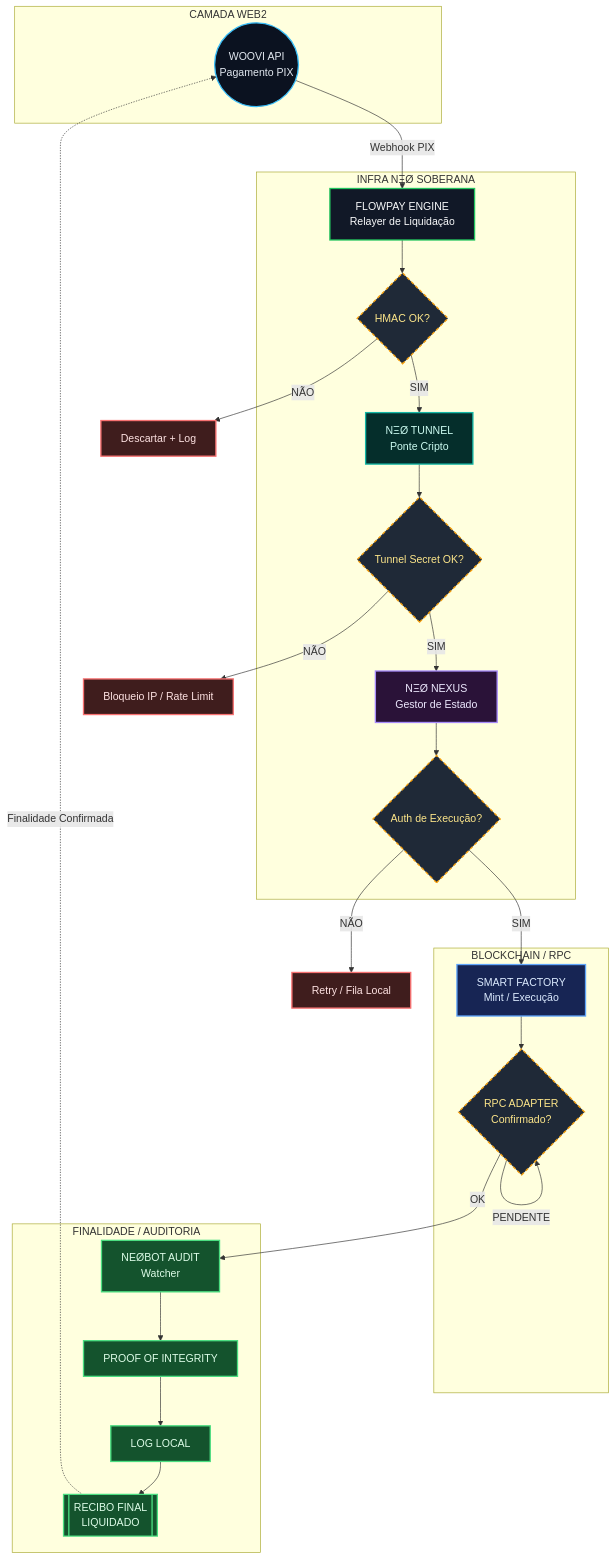
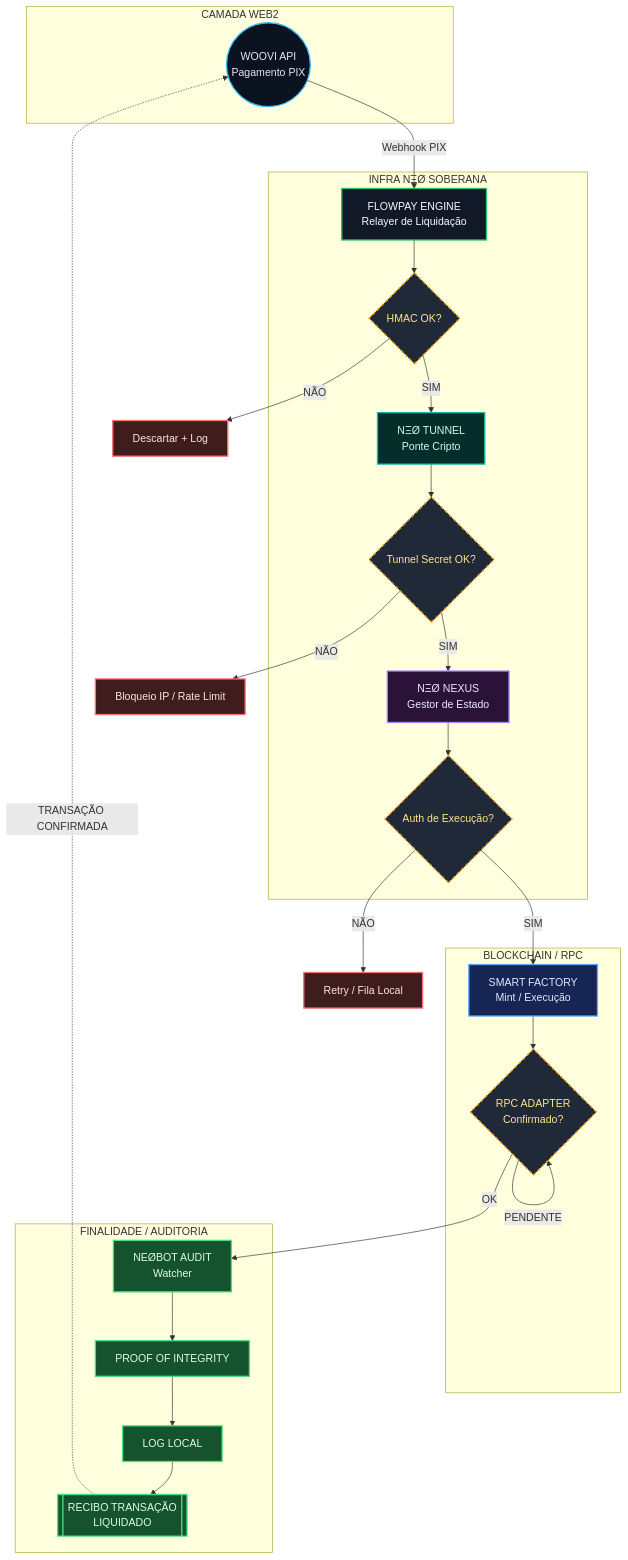
The diagram in README.md (flowpaycash/flowpay), drawn with Mermaid before and after one commit. The commit also changed other lines of this file, not shown here.

Commit message:
Update README for FlowPay project details

````diff
--- a/README.md
+++ b/README.md
@@ -22,69 +21,69 @@
 ```mermaid
 graph TD
     classDef web2 fill:#0b1220,stroke:#38bdf8,stroke-width:2px,color:#e2e8f0;
     classDef engine fill:#111827,stroke:#22c55e,stroke-width:2px,color:#f9fafb;
     classDef gate fill:#1f2937,stroke:#f59e0b,stroke-width:2px,stroke-dasharray: 5 4,color:#fde68a;
     classDef tunnel fill:#052e2b,stroke:#14b8a6,stroke-width:2px,color:#ccfbf1;
     classDef nexus fill:#2a1238,stroke:#a78bfa,stroke-width:2px,color:#ede9fe;
     classDef chain fill:#172554,stroke:#60a5fa,stroke-width:2px,color:#dbeafe;
     classDef audit fill:#14532d,stroke:#4ade80,stroke-width:2px,color:#dcfce7;
     classDef error fill:#3f1d1d,stroke:#f87171,stroke-width:2px,color:#fee2e2;
 
     subgraph WEB2 ["CAMADA WEB2"]
         START((WOOVI API<br/>Pagamento PIX))
     end
 
     subgraph NEO ["INFRA NΞØ SOBERANA"]
         RELAYER["FLOWPAY ENGINE<br/>Relayer de Liquidação"]
         HMAC{"HMAC OK?"}
         TUNNEL["NΞØ TUNNEL<br/>Ponte Cripto"]
         SECRET{"Tunnel Secret OK?"}
         NEXUS["NΞØ NEXUS<br/>Gestor de Estado"]
         AUTH{"Auth de Execução?"}
     end
 
     subgraph ONCHAIN ["BLOCKCHAIN / RPC"]
         FACTORY["SMART FACTORY<br/>Mint / Execução"]
         RPC{"RPC ADAPTER<br/>Confirmado?"}
     end
 
     subgraph AUDIT ["FINALIDADE / AUDITORIA"]
         WATCHER["NEØBOT AUDIT<br/>Watcher"]
         POI["PROOF OF INTEGRITY"]
         LOG["LOG LOCAL"]
-        END[[RECIBO FINAL<br/>LIQUIDADO]]
+        END[[RECIBO TRANSAÇÃO<br/>LIQUIDADO]]
     end
 
     START -->|Webhook PIX| RELAYER
     RELAYER --> HMAC
 
     HMAC -- NÃO --> DROP1["Descartar + Log"]
     HMAC -- SIM --> TUNNEL
 
     TUNNEL --> SECRET
     SECRET -- NÃO --> DROP2["Bloqueio IP / Rate Limit"]
     SECRET -- SIM --> NEXUS
 
     NEXUS --> AUTH
     AUTH -- NÃO --> RETRY["Retry / Fila Local"]
     AUTH -- SIM --> FACTORY
 
     FACTORY --> RPC
     RPC -- PENDENTE --> RPC
     RPC -- OK --> WATCHER
 
     WATCHER --> POI
     POI --> LOG
     LOG --> END
 
-    END -.->|Finalidade Confirmada| START
+    END -.->|TRANSAÇÃO CONFIRMADA | START
 
     class START web2;
     class RELAYER engine;
     class HMAC,SECRET,AUTH,RPC gate;
     class TUNNEL tunnel;
     class NEXUS nexus;
     class FACTORY chain;
     class WATCHER,POI,LOG,END audit;
     class DROP1,DROP2,RETRY error;
 ```
````
